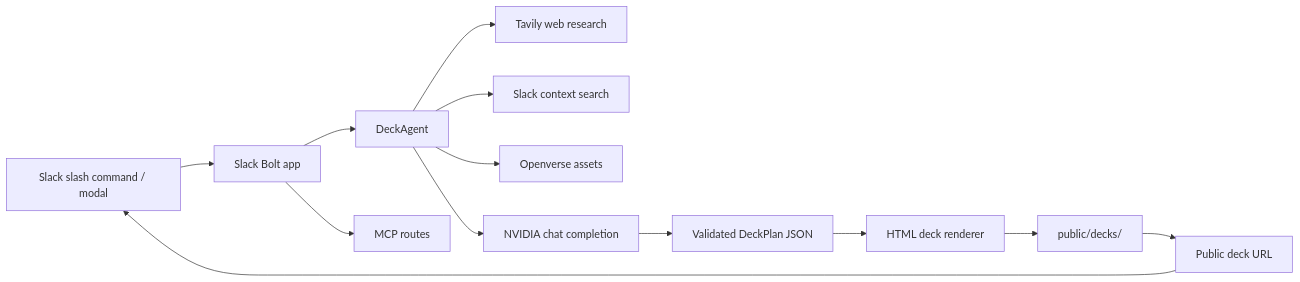
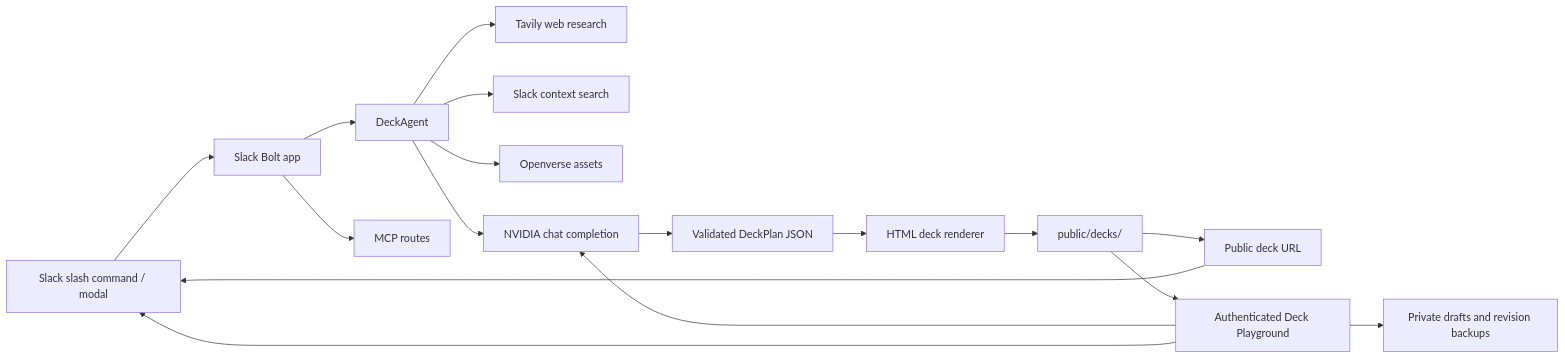
Before and after one commit to rahulrathnavel/slack-agent: the diagram in README.md, drawn with Mermaid. The commit also changed other lines of this file and 14 other files, not shown here.

Commit message:
Add deck editor playground

````diff
--- a/README.md
+++ b/README.md
@@ -136,15 +151,19 @@
 ```mermaid
 flowchart LR
   Slack["Slack slash command / modal"] --> App["Slack Bolt app"]
   App --> Agent["DeckAgent"]
   Agent --> Research["Tavily web research"]
   Agent --> SlackSearch["Slack context search"]
   Agent --> Assets["Openverse assets"]
   Agent --> Model["NVIDIA chat completion"]
   Model --> Plan["Validated DeckPlan JSON"]
   Plan --> Renderer["HTML deck renderer"]
   Renderer --> Storage["public/decks/<deckId>"]
   Storage --> Link["Public deck URL"]
   Link --> Slack
+  Storage --> Editor["Authenticated Deck Playground"]
+  Editor --> Drafts["Private drafts and revision backups"]
+  Editor --> Model
+  Editor --> Slack
   App --> MCP["MCP routes"]
 ```
````
